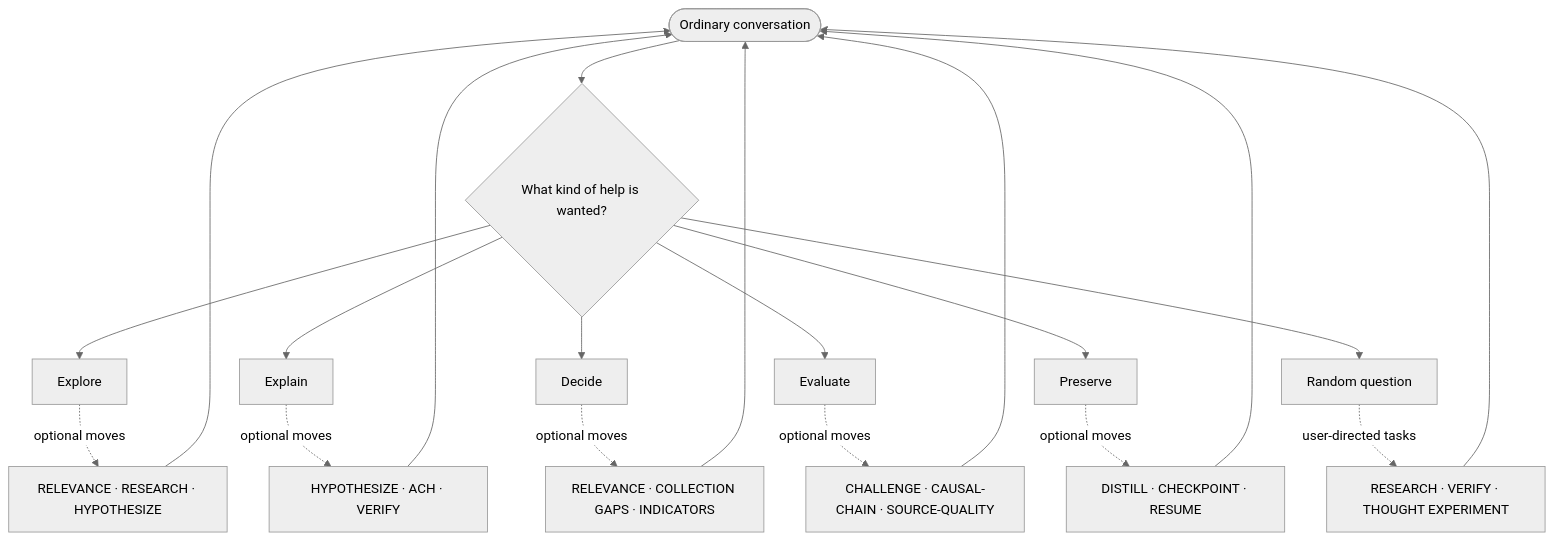
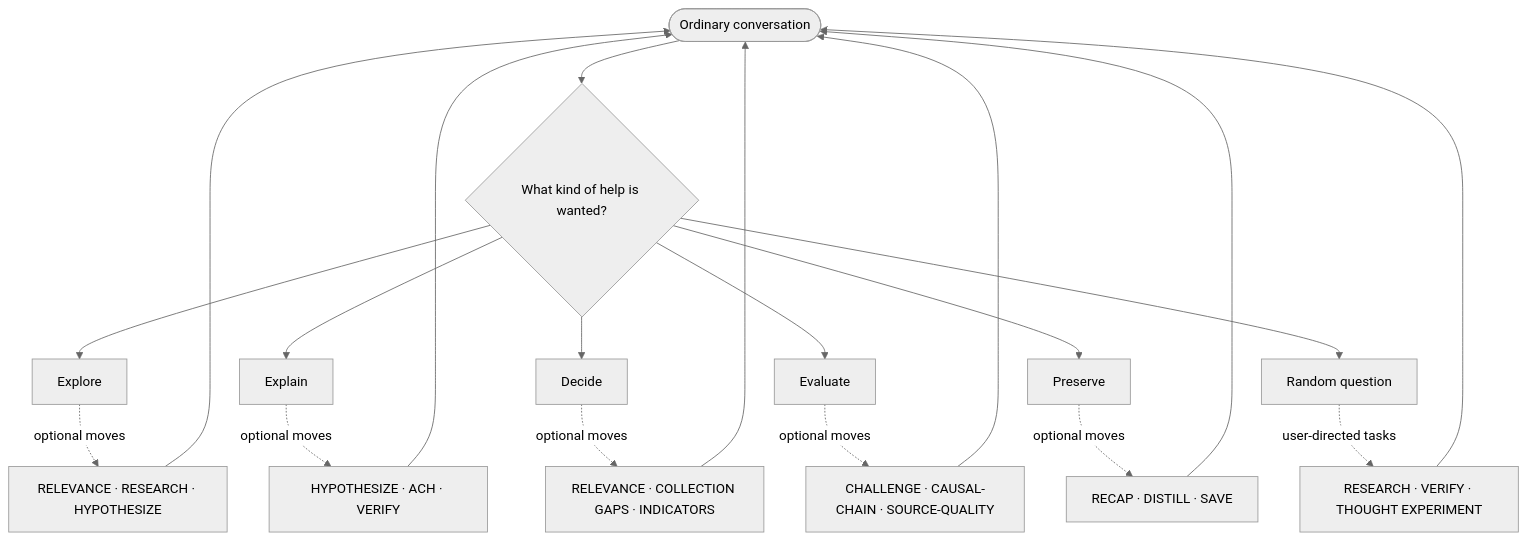
The first of 3 diagrams in docs/flows.md (FahrtAI/dialectical), drawn with Mermaid (neutral theme) before and after one commit. The commit also changed other lines of this file and 67 other files, not shown here.

````diff
--- a/docs/flows.md
+++ b/docs/flows.md
@@ -29,22 +32,22 @@
 ```mermaid
 flowchart TD
     C([Ordinary conversation]) --> Q{What kind of help is wanted?}
     Q --> E[Explore]
     Q --> X[Explain]
     Q --> D[Decide]
     Q --> V[Evaluate]
     Q --> P[Preserve]
     Q --> R[Random question]
     E -. optional moves .-> E1[RELEVANCE · RESEARCH · HYPOTHESIZE]
     X -. optional moves .-> X1[HYPOTHESIZE · ACH · VERIFY]
     D -. optional moves .-> D1[RELEVANCE · COLLECTION GAPS · INDICATORS]
     V -. optional moves .-> V1[CHALLENGE · CAUSAL-CHAIN · SOURCE-QUALITY]
-    P -. optional moves .-> P1[DISTILL · CHECKPOINT · RESUME]
+    P -. optional moves .-> P1[RECAP · DISTILL · SAVE]
     R -. user-directed tasks .-> R1[RESEARCH · VERIFY · THOUGHT EXPERIMENT]
     E1 --> C
     X1 --> C
     D1 --> C
     V1 --> C
     P1 --> C
     R1 --> C
 ```
````
